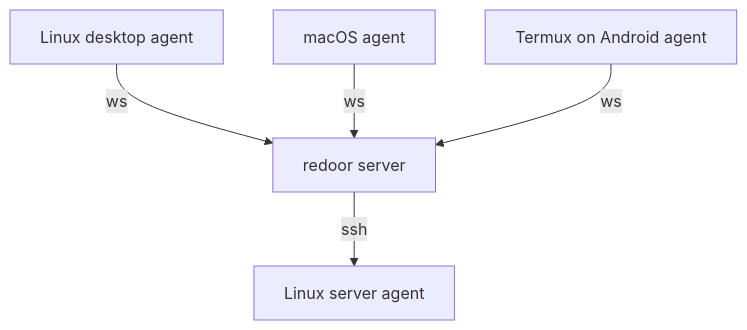
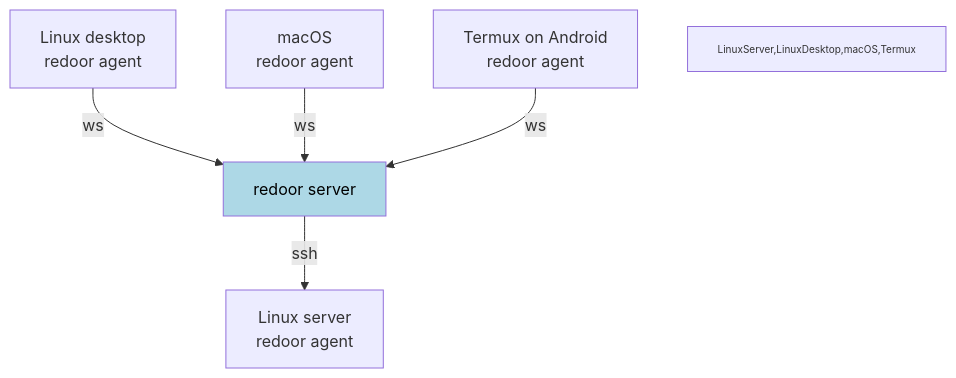
One commit to esamattis/redoor changed the diagram in README.md. Above: the diagram before and after it, drawn with Mermaid. The commit also changed other lines of this file, not shown here.

````diff
--- a/README.md
+++ b/README.md
@@ -7,8 +7,14 @@
 ```mermaid
 graph TD
     Server[redoor server]
-    Server -->|ssh| LinuxServer[Linux server agent]
-    LinuxDesktop[Linux desktop agent] -->|ws| Server
-    macOS[macOS agent] -->|ws| Server
-    Termux[Termux on Android agent] -->|ws| Server
+    Server -->|ssh| LinuxServer["Linux server
+redoor agent"]
+    LinuxDesktop["Linux desktop
+redoor agent"] -->|ws| Server
+    macOS["macOS
+redoor agent"] -->|ws| Server
+    Termux["Termux on Android
+redoor agent"] -->|ws| Server
+    style LinuxServer,LinuxDesktop,macOS,Termux font-size:10px
+    style Server fill:lightblue,color:black
 ```
````
